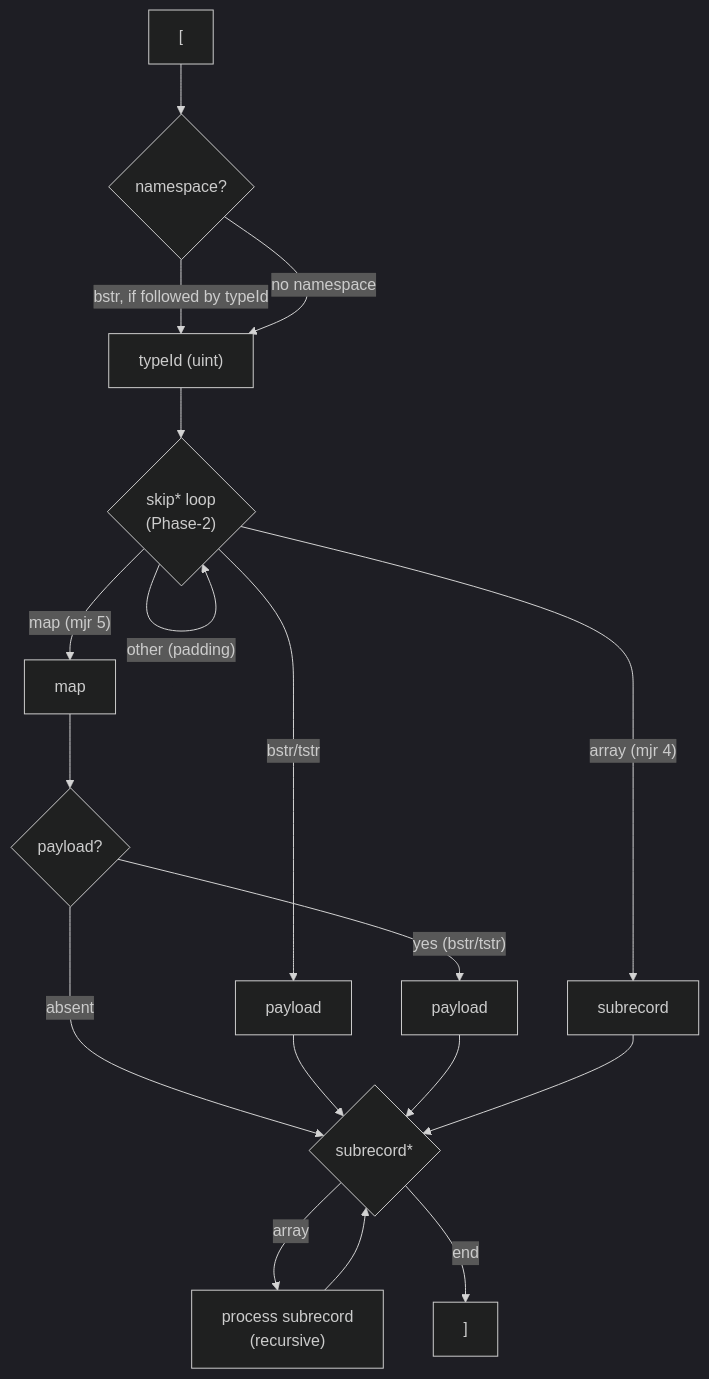
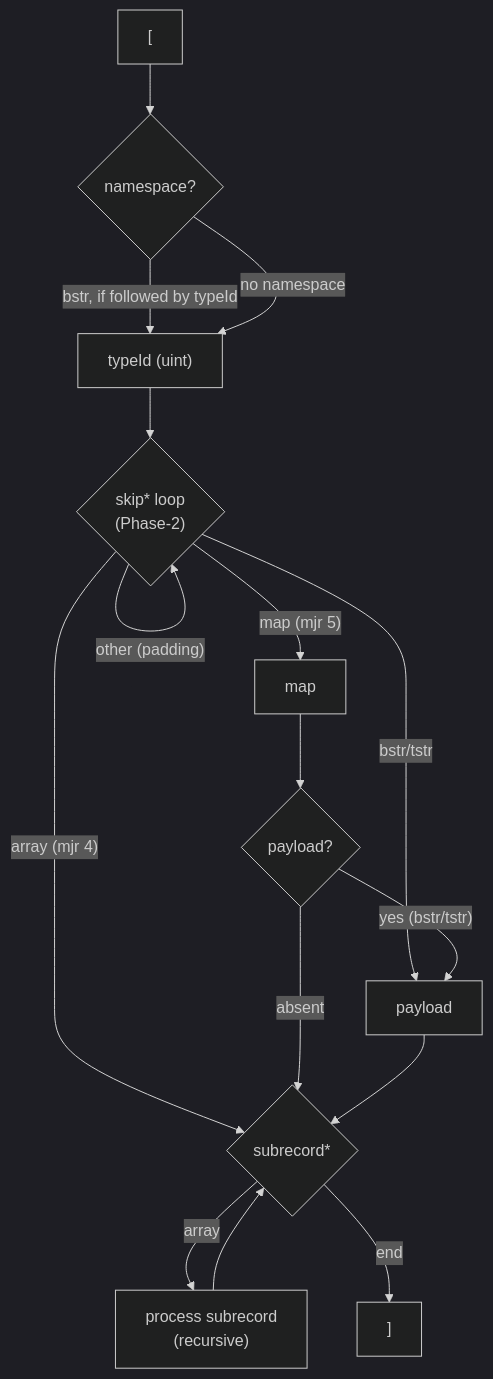
Before and after one commit to mofosyne/qdef: the diagram in docs/QDEF-SPEC.md, drawn with Mermaid (dark theme).

Commit message:
Simplify Mermaid graph: merge payload nodes, inline array-to-subrecords edge

````diff
--- a/docs/QDEF-SPEC.md
+++ b/docs/QDEF-SPEC.md
@@ -198,23 +198,21 @@
 ```mermaid
 flowchart TD
     Start["["] --> ns{"namespace?"}
     ns -->|"bstr, if followed by typeId"| typeId["typeId (uint)"]
     ns -->|"no namespace"| typeId
 
     typeId --> skip{"skip* loop<br/>(Phase-2)"}
     skip -->|"map (mjr 5)"| map["map"]
-    skip -->|"bstr/tstr"| payloadDirect["payload"]
-    skip -->|"array (mjr 4)"| subrecordDirect["subrecord"]
+    skip -->|"bstr/tstr"| payload["payload"]
+    skip -->|"array (mjr 4)"| subrecords
     skip -->|"other (padding)"| skip
 
     map --> afterMap{"payload?"}
-    afterMap -->|"yes (bstr/tstr)"| payloadAfterMap["payload"]
+    afterMap -->|"yes (bstr/tstr)"| payload
     afterMap -->|"absent"| subrecords
-    payloadDirect --> subrecords
-    payloadAfterMap --> subrecords
-    subrecordDirect --> subrecords
+    payload --> subrecords
 
     subrecords{"subrecord*"} -->|"array"| process["process subrecord<br/>(recursive)"]
     process --> subrecords
     subrecords -->|"end"| End["]"]
 ```
````
